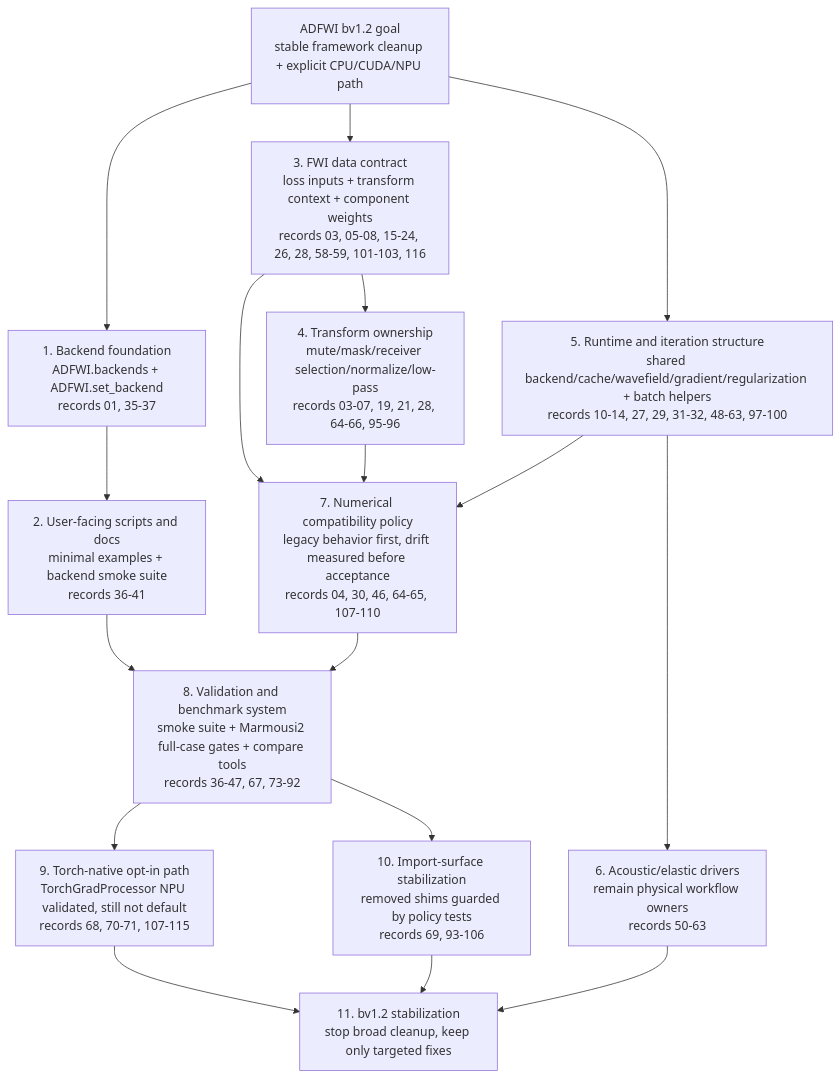
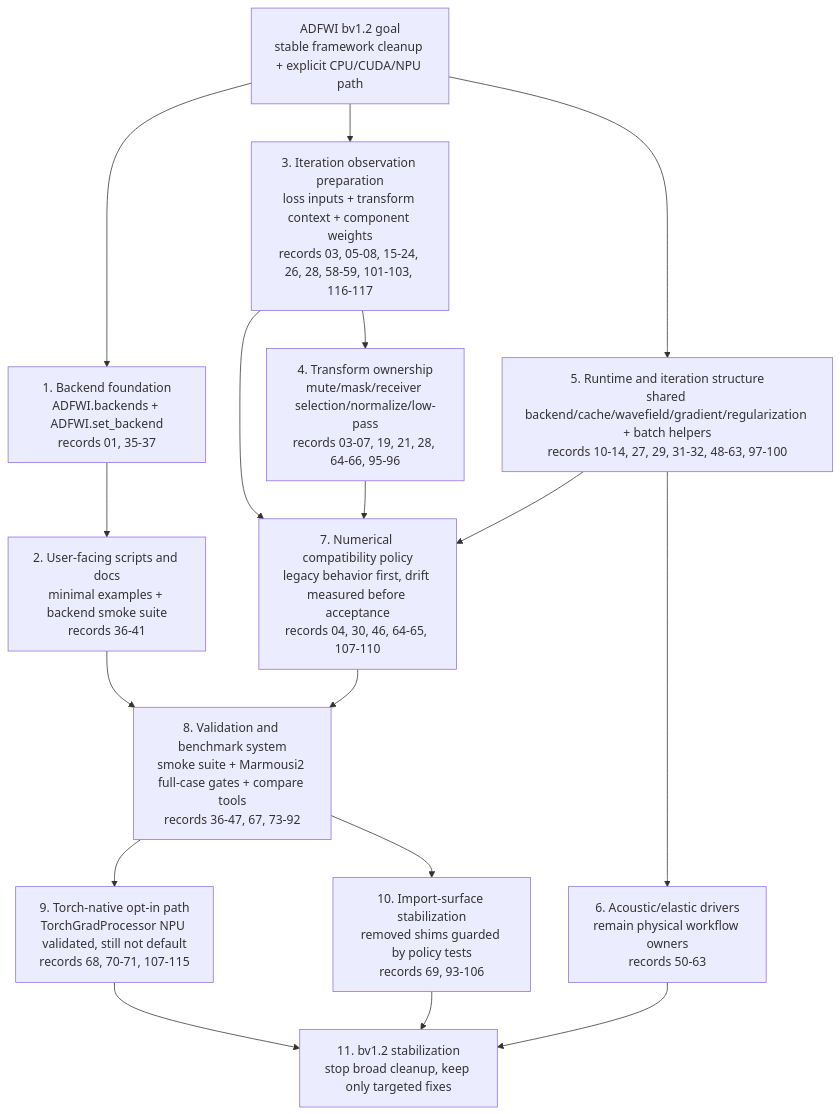
Before and after one commit to liufeng2317/ADFWI: the diagram in docs/version-plans/bv1.2/optimization-chain.md, drawn with Mermaid. The commit also changed other lines of this file and 17 other files, not shown here.

Commit message:
Merge FWI data helpers into iteration observations

````diff
--- a/docs/version-plans/bv1.2/optimization-chain.md
+++ b/docs/version-plans/bv1.2/optimization-chain.md
@@ -30,27 +30,27 @@
 ```mermaid
 flowchart TD
     Goal[ADFWI bv1.2 goal\nstable framework cleanup + explicit CPU/CUDA/NPU path]
 
     Goal --> Backend[1. Backend foundation\nADFWI.backends + ADFWI.set_backend\nrecords 01, 35-37]
     Backend --> PublicAPI[2. User-facing scripts and docs\nminimal examples + backend smoke suite\nrecords 36-41]
 
-    Goal --> DataLayer[3. FWI data contract\nloss inputs + transform context + component weights\nrecords 03, 05-08, 15-24, 26, 28, 58-59, 101-103, 116]
-    DataLayer --> Transforms[4. Transform ownership\nmute/mask/receiver selection/normalize/low-pass\nrecords 03-07, 19, 21, 28, 64-66, 95-96]
+    Goal --> ObservationPrep[3. Iteration observation preparation\nloss inputs + transform context + component weights\nrecords 03, 05-08, 15-24, 26, 28, 58-59, 101-103, 116-117]
+    ObservationPrep --> Transforms[4. Transform ownership\nmute/mask/receiver selection/normalize/low-pass\nrecords 03-07, 19, 21, 28, 64-66, 95-96]
 
     Goal --> RuntimeLoop[5. Runtime and iteration structure\nshared backend/cache/wavefield/gradient/regularization + batch helpers\nrecords 10-14, 27, 29, 31-32, 48-63, 97-100]
     RuntimeLoop --> Drivers[6. Acoustic/elastic drivers\nremain physical workflow owners\nrecords 50-63]
 
-    DataLayer --> NumericalPolicy[7. Numerical compatibility policy\nlegacy behavior first, drift measured before acceptance\nrecords 04, 30, 46, 64-65, 107-110]
+    ObservationPrep --> NumericalPolicy[7. Numerical compatibility policy\nlegacy behavior first, drift measured before acceptance\nrecords 04, 30, 46, 64-65, 107-110]
     Transforms --> NumericalPolicy
     RuntimeLoop --> NumericalPolicy
 
     PublicAPI --> Validation[8. Validation and benchmark system\nsmoke suite + Marmousi2 full-case gates + compare tools\nrecords 36-47, 67, 73-92]
     NumericalPolicy --> Validation
 
     Validation --> TorchGrad[9. Torch-native opt-in path\nTorchGradProcessor NPU validated, still not default\nrecords 68, 70-71, 107-115]
     Validation --> ImportPolicy[10. Import-surface stabilization\nremoved shims guarded by policy tests\nrecords 69, 93-106]
 
     TorchGrad --> Stabilization[11. bv1.2 stabilization\nstop broad cleanup, keep only targeted fixes]
     ImportPolicy --> Stabilization
     Drivers --> Stabilization
 ```
````
